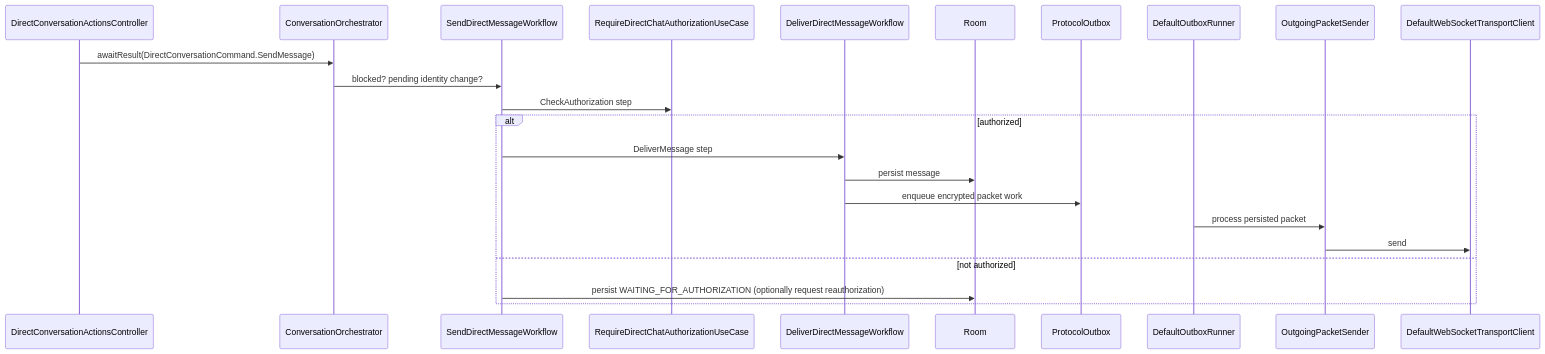
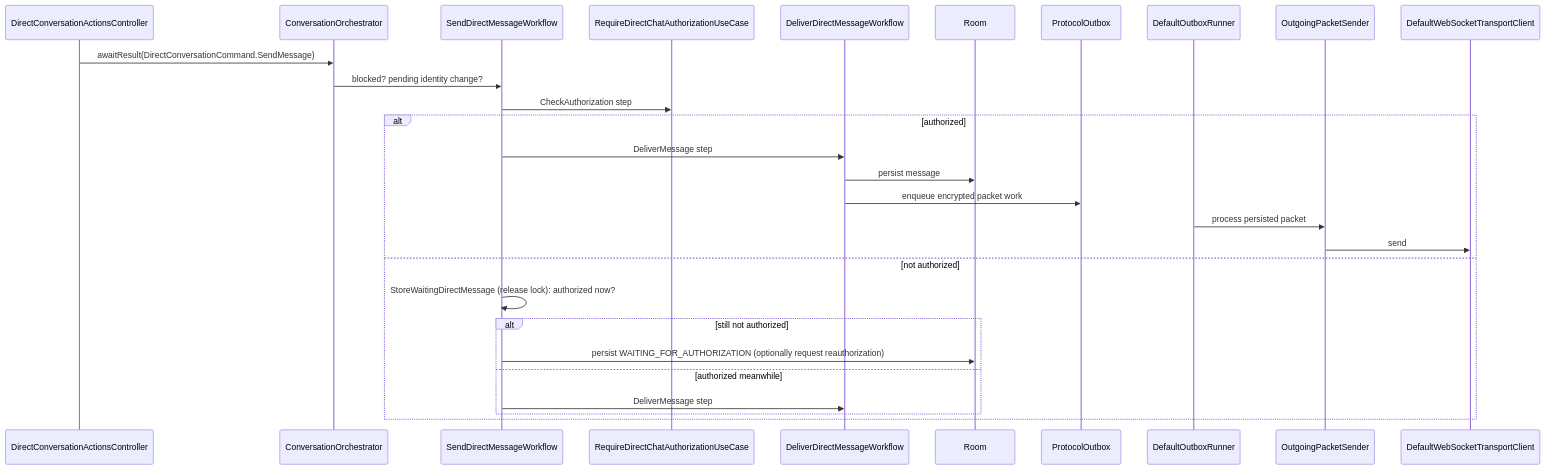
One commit to cbgm/Sparrow changed the first of 3 diagrams in docs/features/message-transport-flow.md. Above: the diagram before and after it, drawn with Mermaid. The commit also changed other lines of this file and 193 other files, not shown here.

````diff
--- a/docs/features/message-transport-flow.md
+++ b/docs/features/message-transport-flow.md
@@ -7,26 +7,31 @@
 ```mermaid
 sequenceDiagram
     participant VM as DirectConversationActionsController
     participant ORCH as ConversationOrchestrator
     participant WF as SendDirectMessageWorkflow
     participant AUTH as RequireDirectChatAuthorizationUseCase
     participant DEL as DeliverDirectMessageWorkflow
     participant DB as Room
     participant OUT as ProtocolOutbox
     participant RUN as DefaultOutboxRunner
     participant SEND as OutgoingPacketSender
     participant WS as DefaultWebSocketTransportClient
 
     VM->>ORCH: awaitResult(DirectConversationCommand.SendMessage)
     ORCH->>WF: blocked? pending identity change?
     WF->>AUTH: CheckAuthorization step
     alt authorized
         WF->>DEL: DeliverMessage step
         DEL->>DB: persist message
         DEL->>OUT: enqueue encrypted packet work
         RUN->>SEND: process persisted packet
         SEND->>WS: send
     else not authorized
-        WF->>DB: persist WAITING_FOR_AUTHORIZATION (optionally request reauthorization)
+        WF->>WF: StoreWaitingDirectMessage (release lock): authorized now?
+        alt still not authorized
+            WF->>DB: persist WAITING_FOR_AUTHORIZATION (optionally request reauthorization)
+        else authorized meanwhile
+            WF->>DEL: DeliverMessage step
+        end
     end
 ```
````
